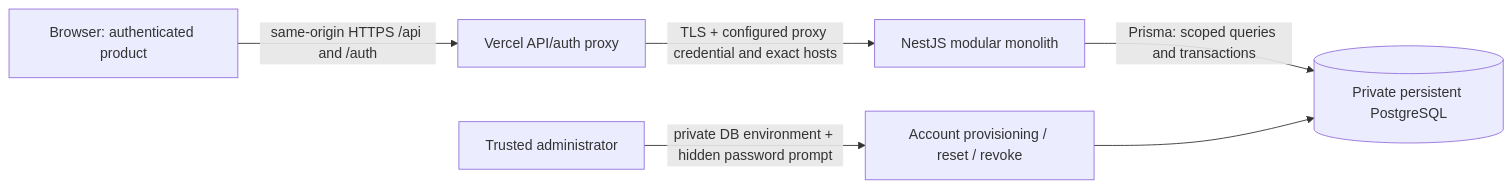
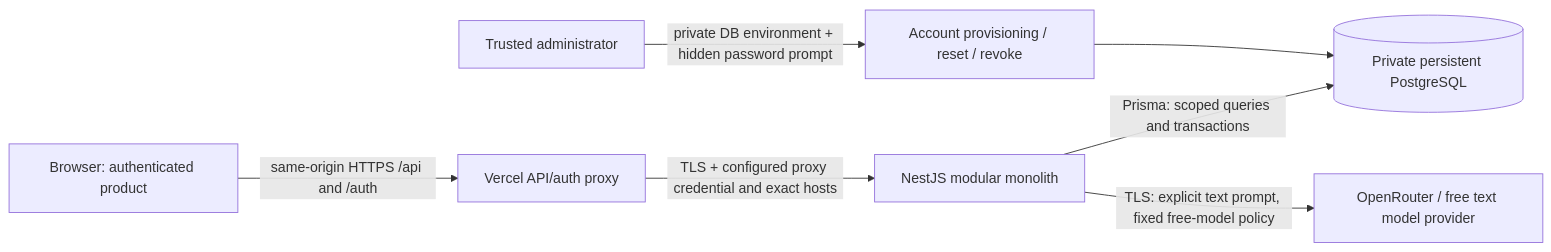
The first of 2 diagrams in context/architecture.md (connectiot-org/New-FInAI), drawn with Mermaid before and after one commit. The commit also changed other lines of this file and 32 other files, not shown here.

Commit message:
feat: add authenticated OpenRouter free-model chat

````diff
--- a/context/architecture.md
+++ b/context/architecture.md
@@ -7,8 +7,9 @@
 ```mermaid
 flowchart LR
   B[Browser: authenticated product] -->|same-origin HTTPS /api and /auth| P[Vercel API/auth proxy]
   P -->|TLS + configured proxy credential and exact hosts| N[NestJS modular monolith]
   N -->|Prisma: scoped queries and transactions| D[(Private persistent PostgreSQL)]
+  N -->|TLS: explicit text prompt, fixed free-model policy| R[OpenRouter / free text model provider]
   O[Trusted administrator] -->|private DB environment + hidden password prompt| A[Account provisioning / reset / revoke]
   A --> D
 ```
````
